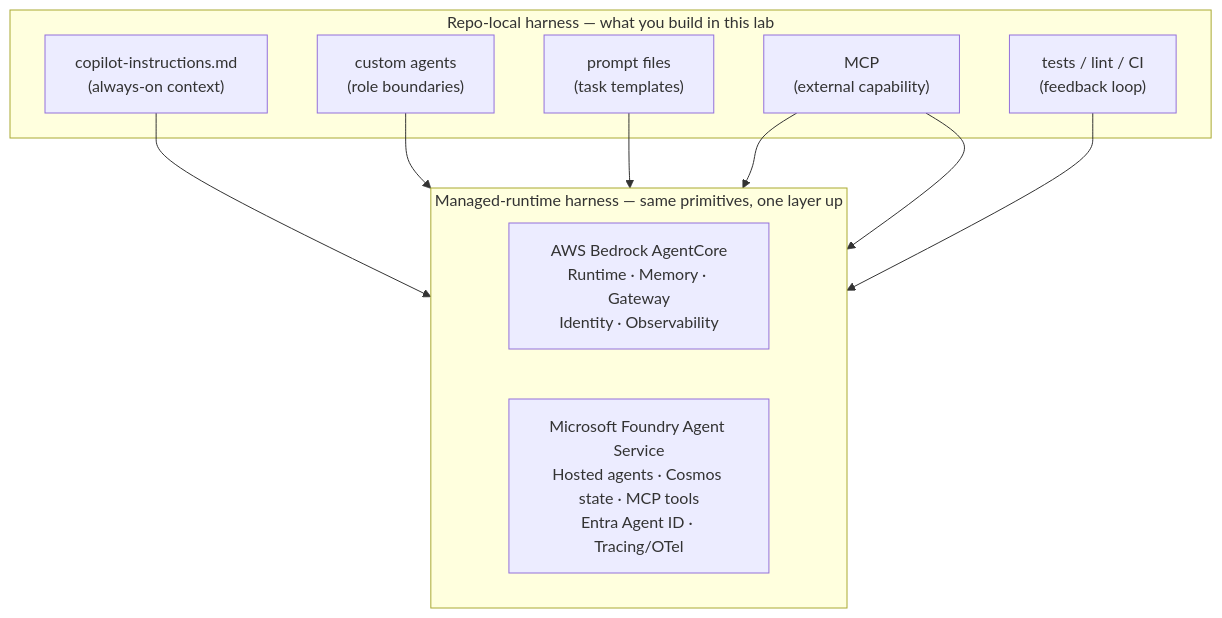
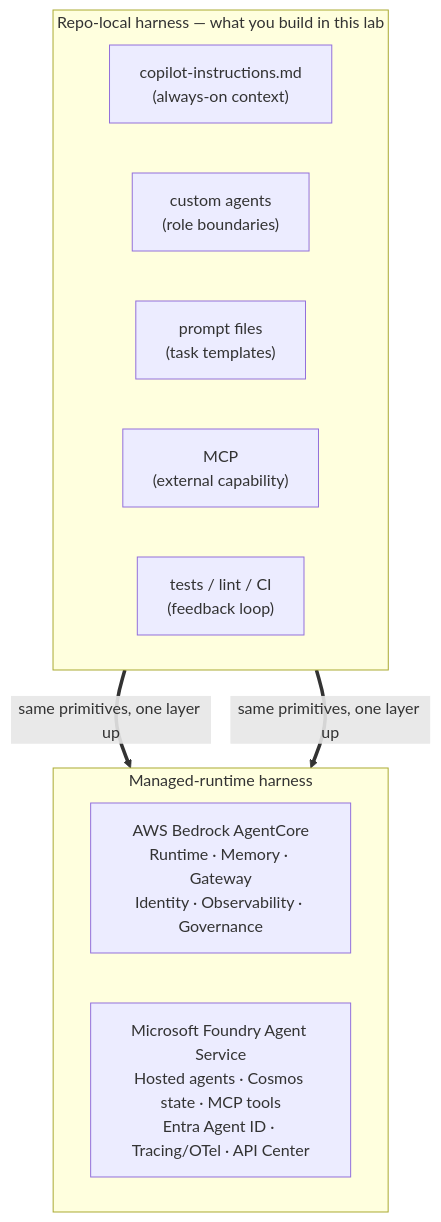
The diagram in labs/lab2-harness-engineering.md (turbo998/Agent-Harness-Engineering-on-Azure-and-GitHub-Copilot), drawn with Mermaid before and after one commit. The commit also changed other lines of this file and 1 other file, not shown here.

Commit message:
fix(lab2): address review — preview tags, diagram & warning consistency
Independent review of 57f3add found issues; fixed in EN + zh/:
- Tag Entra Agent ID and Entra Agent Registry as (preview) — could not
  confirm GA on learn.microsoft.com; aligns table with the doc's own
  China-region warning (no preview-as-GA contradiction)
- Remove phantom "web search" from the China-gate warning (not in tools table)
- Redesign Mermaid: AWS node lists all 6 layers (Governance added), AZ node
  adds API Center; replace per-node edges with two subgraph-level edges

````diff
--- a/labs/lab2-harness-engineering.md
+++ b/labs/lab2-harness-engineering.md
@@ -120,21 +120,18 @@
 ```mermaid
 graph TB
     subgraph Repo["Repo-local harness — what you build in this lab"]
+        direction LR
         I["copilot-instructions.md<br/>(always-on context)"]
         A["custom agents<br/>(role boundaries)"]
         P["prompt files<br/>(task templates)"]
         M1["MCP<br/>(external capability)"]
         C["tests / lint / CI<br/>(feedback loop)"]
     end
-    subgraph Managed["Managed-runtime harness — same primitives, one layer up"]
+    Repo ==>|same primitives, one layer up| AWS
+    Repo ==>|same primitives, one layer up| AZ
+    subgraph Managed["Managed-runtime harness"]
         direction LR
-        AWS["AWS Bedrock AgentCore<br/>Runtime · Memory · Gateway<br/>Identity · Observability"]
-        AZ["Microsoft Foundry Agent Service<br/>Hosted agents · Cosmos state · MCP tools<br/>Entra Agent ID · Tracing/OTel"]
+        AWS["AWS Bedrock AgentCore<br/>Runtime · Memory · Gateway<br/>Identity · Observability · Governance"]
+        AZ["Microsoft Foundry Agent Service<br/>Hosted agents · Cosmos state · MCP tools<br/>Entra Agent ID · Tracing/OTel · API Center"]
     end
-    I --> AZ
-    A --> AZ
-    P --> AZ
-    M1 --> AWS
-    C --> AWS
-    M1 --> AZ
 ```
````
